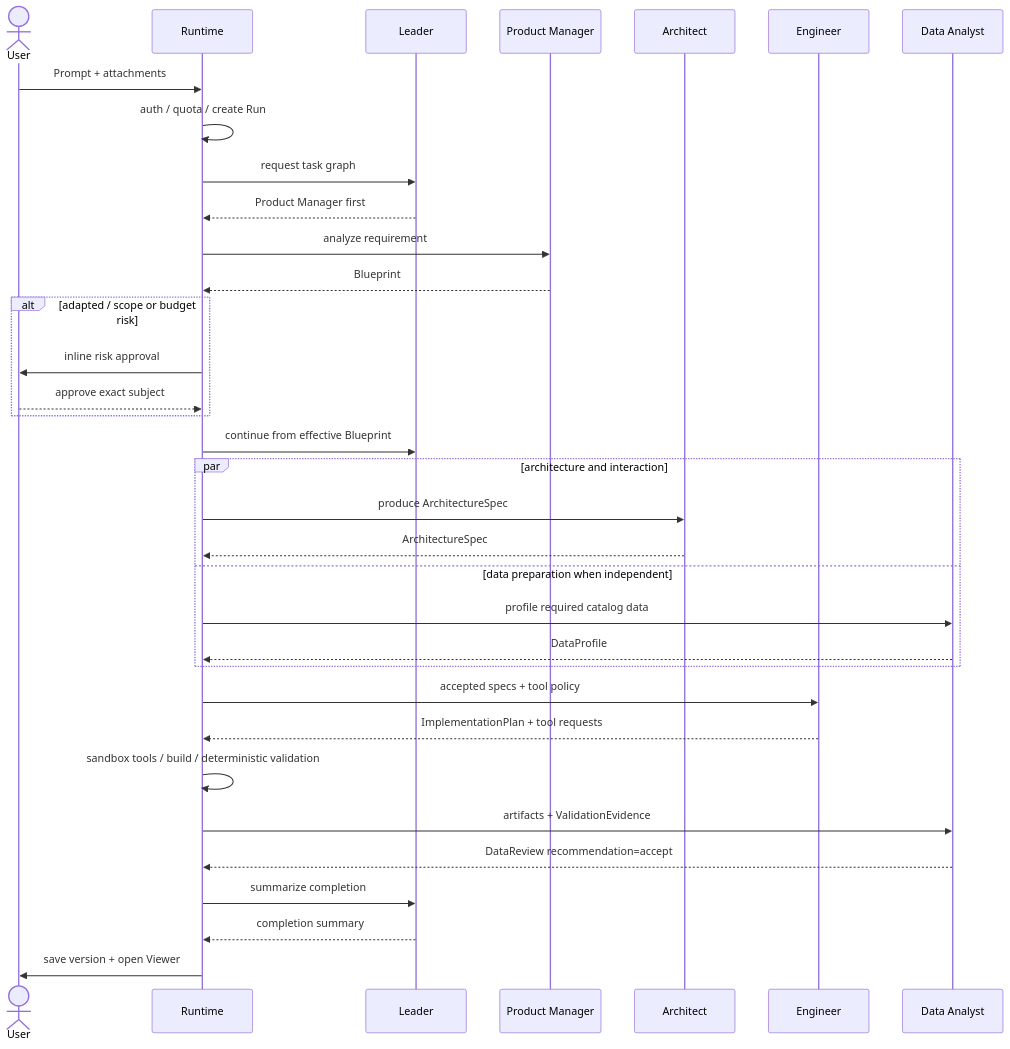
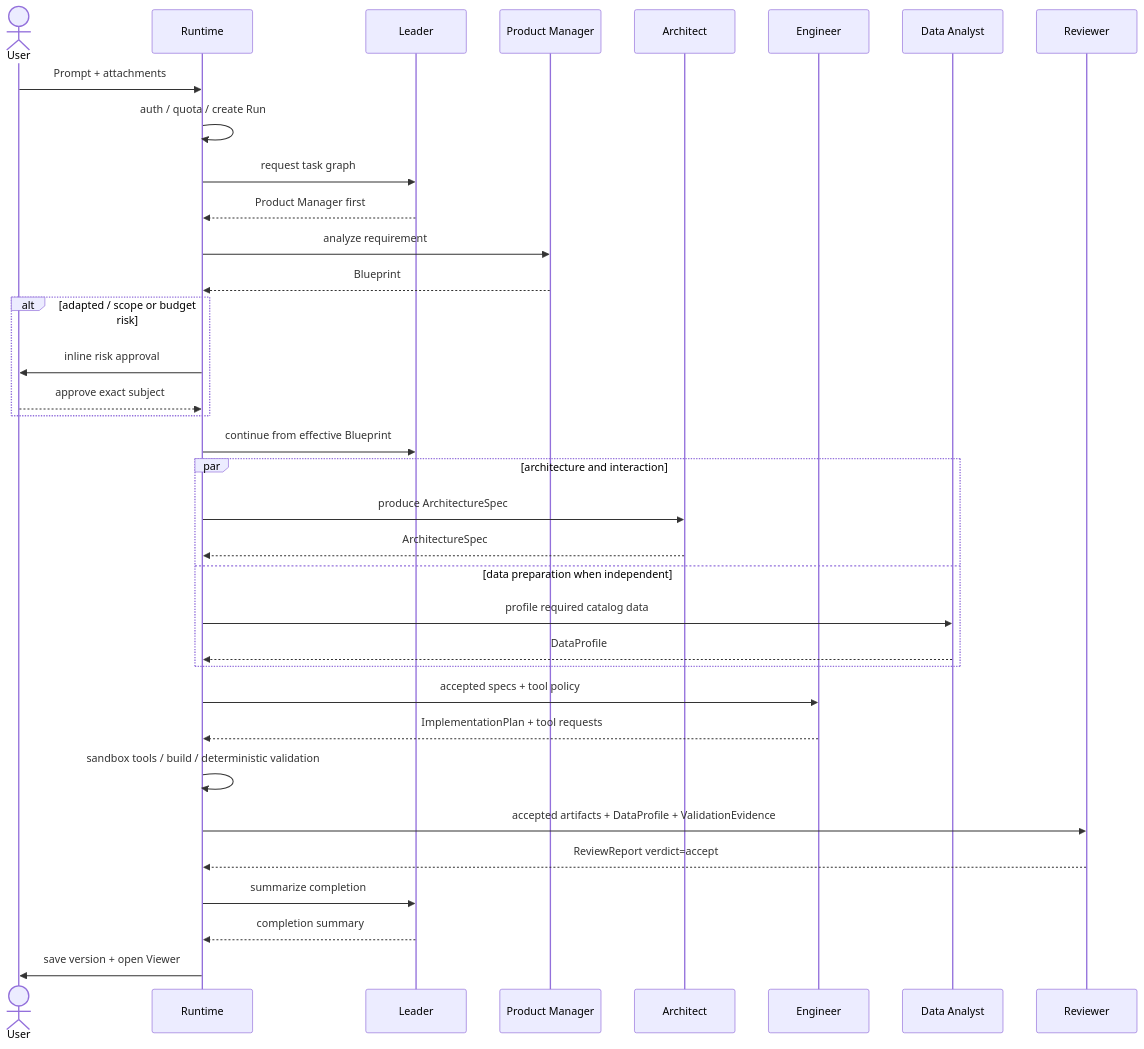
Before and after one commit to eastonsuo/another-atom: the diagram in docs/design/V2/Agent设计/Agent设计.md, drawn with Mermaid. The commit also changed other lines of this file and 41 other files, not shown here.

````diff
--- a/docs/design/V2/Agent设计/Agent设计.md
+++ b/docs/design/V2/Agent设计/Agent设计.md
@@ -305,37 +323,38 @@
 ```mermaid
 sequenceDiagram
     actor User
     participant Runtime
     participant Leader
     participant PM as Product Manager
     participant Architect
     participant Engineer
     participant Data Analyst
+    participant Reviewer
 
     User->>Runtime: Prompt + attachments
     Runtime->>Runtime: auth / quota / create Run
     Runtime->>Leader: request task graph
     Leader-->>Runtime: Product Manager first
     Runtime->>PM: analyze requirement
     PM-->>Runtime: Blueprint
     alt adapted / scope or budget risk
         Runtime->>User: inline risk approval
         User-->>Runtime: approve exact subject
     end
     Runtime->>Leader: continue from effective Blueprint
     par architecture and interaction
         Runtime->>Architect: produce ArchitectureSpec
         Architect-->>Runtime: ArchitectureSpec
     and data preparation when independent
         Runtime->>Data Analyst: profile required catalog data
         Data Analyst-->>Runtime: DataProfile
     end
     Runtime->>Engineer: accepted specs + tool policy
     Engineer-->>Runtime: ImplementationPlan + tool requests
     Runtime->>Runtime: sandbox tools / build / deterministic validation
-    Runtime->>Data Analyst: artifacts + ValidationEvidence
-    Data Analyst-->>Runtime: DataReview recommendation=accept
+    Runtime->>Reviewer: accepted artifacts + DataProfile + ValidationEvidence
+    Reviewer-->>Runtime: ReviewReport verdict=accept
     Runtime->>Leader: summarize completion
     Leader-->>Runtime: completion summary
     Runtime->>User: save version + open Viewer
 ```
````
